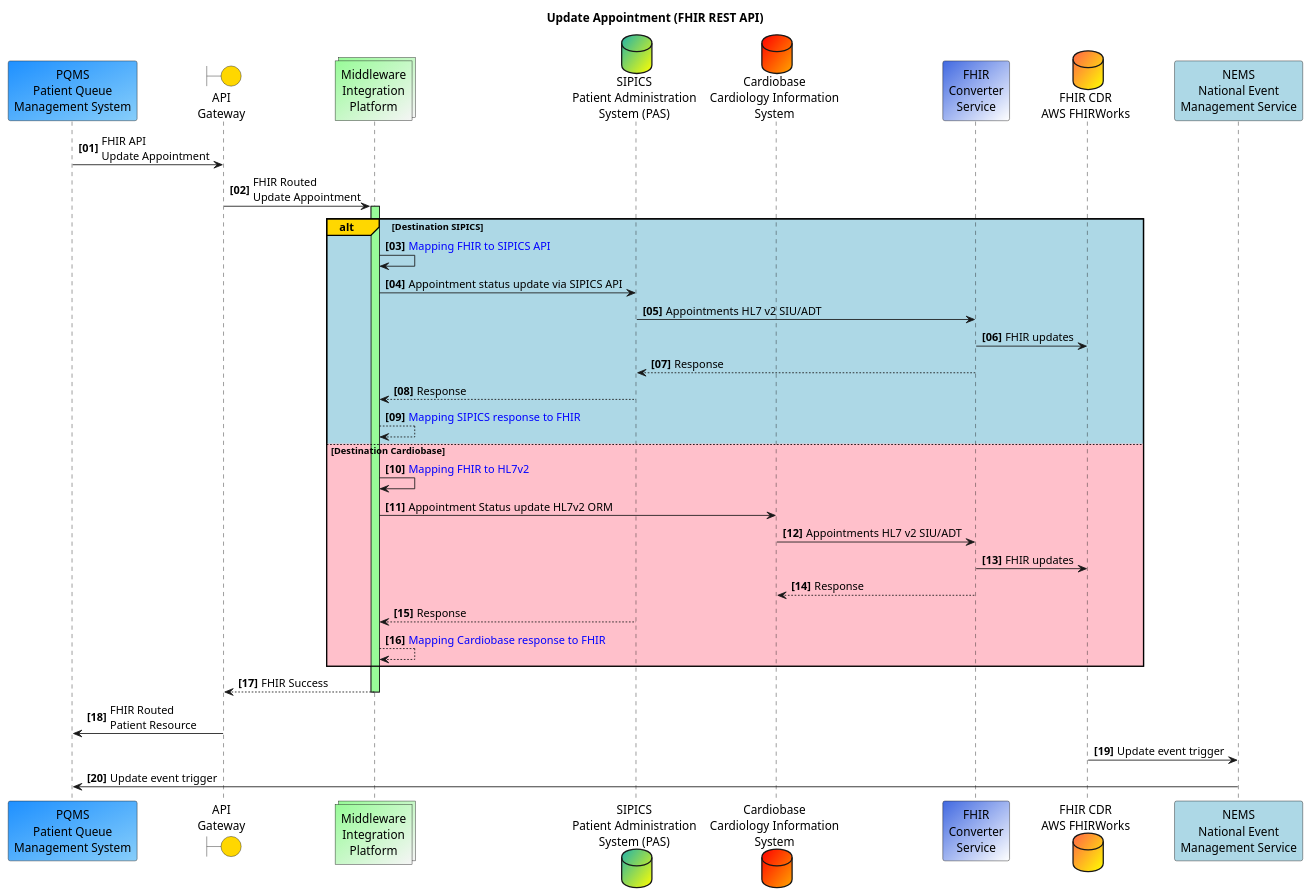
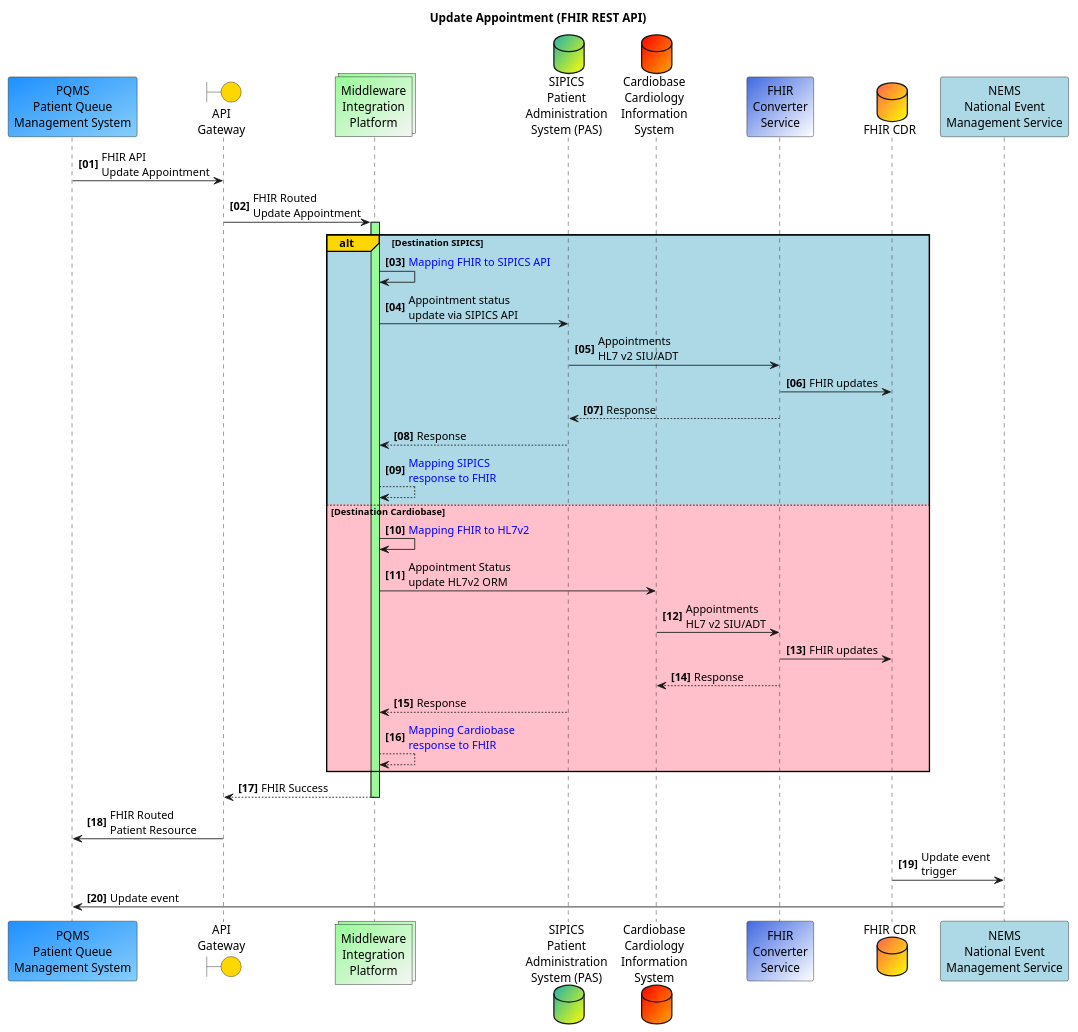
One commit to tewhatuora/cinc-fhir-ig changed the diagram in input/images-source/pqms-update-appointment.plantuml. Above: the diagram before and after it, drawn with PlantUML.

Commit message:
Refine PQMS Update Appointment PlantUML diagram
- Adjusted labels for database participants for clarity and consistency.
- Updated message descriptions to improve readability and alignment with integration standards.

```diff
--- a/input/images-source/pqms-update-appointment.plantuml
+++ b/input/images-source/pqms-update-appointment.plantuml
@@ -1,45 +1,45 @@
 @startuml
 'https://plantuml.com/sequence-diagram
 
 autonumber "<b>[00]"
 Participant "PQMS\nPatient Queue\nManagement System" as p #dodgerblue/lightskyblue
 Boundary "API\nGateway" as a #gold
 Collections "Middleware\nIntegration\nPlatform" as m #palegreen/whitesmoke
-Database "SIPICS\nPatient Administration\nSystem (PAS)" as s #LightSeaGreen/yellow
-Database "Cardiobase\nCardiology Information\nSystem" as c #red/orange
+Database "SIPICS\nPatient\nAdministration\nSystem (PAS)" as s #LightSeaGreen/yellow
+Database "Cardiobase\nCardiology\nInformation\nSystem" as c #red/orange
 Participant "FHIR\nConverter\nService" as f #royalblue/white
-Database "FHIR CDR\nAWS FHIRWorks" as w #tomato/yellow
+Database "FHIR CDR" as w #tomato/yellow
 Participant "NEMS\nNational Event\nManagement Service" as n #lightblue
 
 title Update Appointment (FHIR REST API)
 p -> a: FHIR API\nUpdate Appointment
 a -> m++ #palegreen: FHIR Routed\nUpdate Appointment
 alt#Gold #lightblue Destination SIPICS
   m -> m: <font color=blue>Mapping FHIR to SIPICS API
-  m -> s: Appointment status update via SIPICS API
-  s -> f: Appointments HL7 v2 SIU/ADT
+  m -> s: Appointment status\nupdate via SIPICS API
+  s -> f: Appointments\nHL7 v2 SIU/ADT
   f -> w: FHIR updates
   f --> s: Response
   s --> m: Response
-  m --> m: <font color=blue>Mapping SIPICS response to FHIR
+  m --> m: <font color=blue>Mapping SIPICS\n<font color=blue>response to FHIR
 else #Pink Destination Cardiobase
   m -> m: <font color=blue>Mapping FHIR to HL7v2
-  m -> c: Appointment Status update HL7v2 ORM
-  c -> f: Appointments HL7 v2 SIU/ADT
+  m -> c: Appointment Status\nupdate HL7v2 ORM
+  c -> f: Appointments\nHL7 v2 SIU/ADT
   f -> w: FHIR updates
   f --> c: Response
   s --> m: Response
-  m --> m: <font color=blue>Mapping Cardiobase response to FHIR
+  m --> m: <font color=blue>Mapping Cardiobase\n<font color=blue>response to FHIR
 end
 return FHIR Success
 a->p: FHIR Routed\nPatient Resource
 
 
 
-w -> n: Update event trigger
-n -> p: Update event trigger
+w -> n: Update event\ntrigger
+n -> p: Update event
 
 
 
 
 @enduml
```
